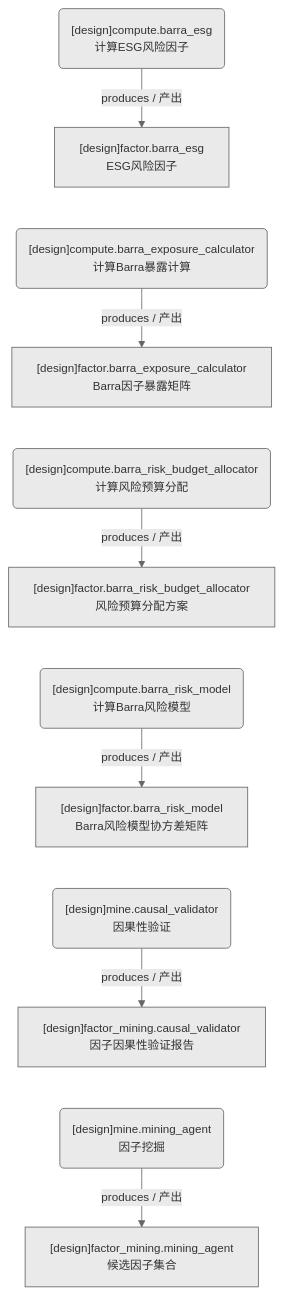
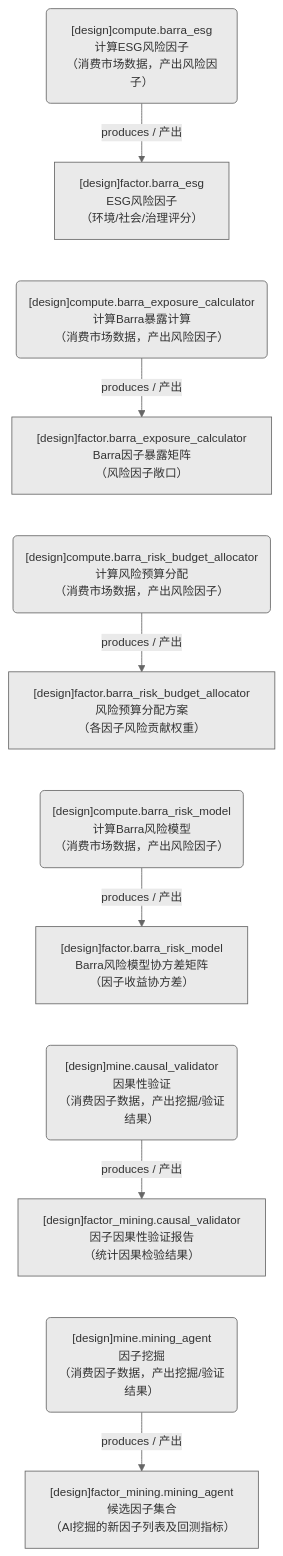
Before and after one commit to xuanFelixVan/ZephyrAlpha: the second of 2 diagrams in docs/02_enterprise_architecture/05_dataflow_architecture/d_factor_barra_mine.md, drawn with Mermaid. The commit also changed other lines of this file and 11 other files, not shown here.

First line of the commit message:
feat(dataflow-diagram): 域文档新增全景合并图+运营态完整功能简述显示

````diff
--- a/docs/02_enterprise_architecture/05_dataflow_architecture/d_factor_barra_mine.md
+++ b/docs/02_enterprise_architecture/05_dataflow_architecture/d_factor_barra_mine.md
@@ -23,27 +55,27 @@
 ```mermaid
 %%{init: {'theme': 'base', 'themeVariables': {'primaryColor': '#eaeaea', 'primaryTextColor': '#333333', 'primaryBorderColor': '#666666', 'lineColor': '#666666', 'secondaryColor': '#eaeaea', 'tertiaryColor': '#eaeaea', 'fontSize': '14px'}}}%%
 flowchart TD
-    DS11239["[design]factor.barra_esg<br/>ESG风险因子"]
-    DS11240["[design]factor.barra_exposure_calculator<br/>Barra因子暴露矩阵"]
-    DS11241["[design]factor.barra_risk_budget_allocator<br/>风险预算分配方案"]
-    DS11242["[design]factor.barra_risk_model<br/>Barra风险模型协方差矩阵"]
-    DS11243["[design]factor_mining.causal_validator<br/>因子因果性验证报告"]
-    DS11244["[design]factor_mining.mining_agent<br/>候选因子集合"]
-    JOB757603("[design]compute.barra_esg<br/>计算ESG风险因子")
-    JOB757604("[design]compute.barra_exposure_calculator<br/>计算Barra暴露计算")
-    JOB757605("[design]compute.barra_risk_budget_allocator<br/>计算风险预算分配")
-    JOB757606("[design]compute.barra_risk_model<br/>计算Barra风险模型")
-    JOB757607("[design]mine.causal_validator<br/>因果性验证")
-    JOB757608("[design]mine.mining_agent<br/>因子挖掘")
+    DS11239["[design]factor.barra_esg<br/>ESG风险因子<br/>（环境/社会/治理评分）"]
+    DS11240["[design]factor.barra_exposure_calculator<br/>Barra因子暴露矩阵<br/>（风险因子敞口）"]
+    DS11241["[design]factor.barra_risk_budget_allocator<br/>风险预算分配方案<br/>（各因子风险贡献权重）"]
+    DS11242["[design]factor.barra_risk_model<br/>Barra风险模型协方差矩阵<br/>（因子收益协方差）"]
+    DS11243["[design]factor_mining.causal_validator<br/>因子因果性验证报告<br/>（统计因果检验结果）"]
+    DS11244["[design]factor_mining.mining_agent<br/>候选因子集合<br/>（AI挖掘的新因子列表及回测指标）"]
+    JOB757603("[design]compute.barra_esg<br/>计算ESG风险因子<br/>（消费市场数据，产出风险因子）")
+    JOB757604("[design]compute.barra_exposure_calculator<br/>计算Barra暴露计算<br/>（消费市场数据，产出风险因子）")
+    JOB757605("[design]compute.barra_risk_budget_allocator<br/>计算风险预算分配<br/>（消费市场数据，产出风险因子）")
+    JOB757606("[design]compute.barra_risk_model<br/>计算Barra风险模型<br/>（消费市场数据，产出风险因子）")
+    JOB757607("[design]mine.causal_validator<br/>因果性验证<br/>（消费因子数据，产出挖掘/验证结果）")
+    JOB757608("[design]mine.mining_agent<br/>因子挖掘<br/>（消费因子数据，产出挖掘/验证结果）")
     JOB757603 -->|produces / 产出| DS11239
     JOB757604 -->|produces / 产出| DS11240
     JOB757605 -->|produces / 产出| DS11241
     JOB757606 -->|produces / 产出| DS11242
     JOB757607 -->|produces / 产出| DS11243
     JOB757608 -->|produces / 产出| DS11244
     DS11239 ~~~ JOB757604
     DS11240 ~~~ JOB757605
     DS11241 ~~~ JOB757606
     DS11242 ~~~ JOB757607
     DS11243 ~~~ JOB757608
 ```
````
